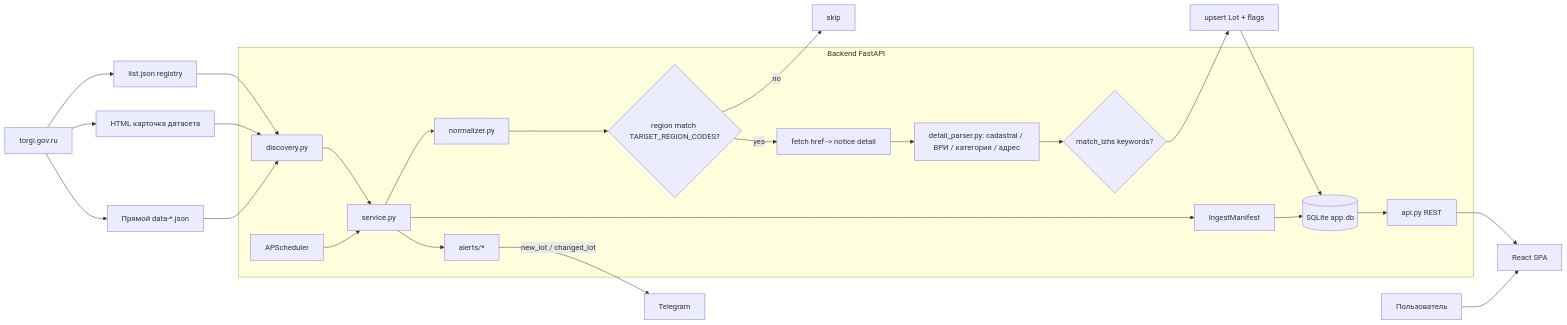
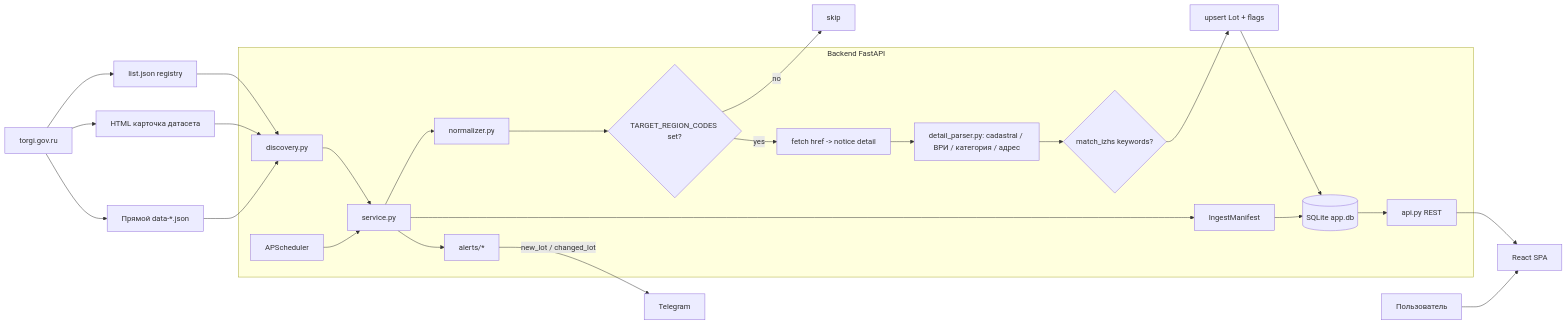
The diagram in AGENTS.md (Ki1aa/property-auctions), drawn with Mermaid before and after one commit. The commit also changed other lines of this file and 5 other files, not shown here.

````diff
--- a/AGENTS.md
+++ b/AGENTS.md
@@ -137,51 +137,51 @@
 ```mermaid
 flowchart LR
     Torgi["torgi.gov.ru"]
     Registry["list.json registry"]
     Card["HTML карточка датасета"]
     Direct["Прямой data-*.json"]
 
     Torgi --> Registry
     Torgi --> Card
     Torgi --> Direct
 
     subgraph backend [Backend FastAPI]
         Discovery["discovery.py"]
         IngestSvc["service.py"]
         Normalizer["normalizer.py"]
-        RegionFilter{"region match TARGET_REGION_CODES?"}
+        RegionFilter{"TARGET_REGION_CODES set?"}
         DetailFetch["fetch href -> notice detail"]
         DetailParser["detail_parser.py: cadastral / ВРИ / категория / адрес"]
         IzhsMatch{"match_izhs keywords?"}
         Manifest["IngestManifest"]
         DB[("SQLite app.db")]
         API["api.py REST"]
         Scheduler["APScheduler"]
         Alerts["alerts/*"]
     end
 
     Registry --> Discovery
     Card --> Discovery
     Direct --> Discovery
 
     Scheduler --> IngestSvc
     Discovery --> IngestSvc
     IngestSvc --> Normalizer
     Normalizer --> RegionFilter
     RegionFilter -->|no| DropFiltered["skip"]
     RegionFilter -->|yes| DetailFetch
     DetailFetch --> DetailParser
     DetailParser --> IzhsMatch
     IzhsMatch --> Upsert["upsert Lot + flags"]
     Upsert --> DB
     IngestSvc --> Manifest
     Manifest --> DB
     IngestSvc --> Alerts
     Alerts -->|"new_lot / changed_lot"| Telegram["Telegram"]
 
     DB --> API
 
     SPA["React SPA"]
     API --> SPA
     User["Пользователь"] --> SPA
 ```
````
